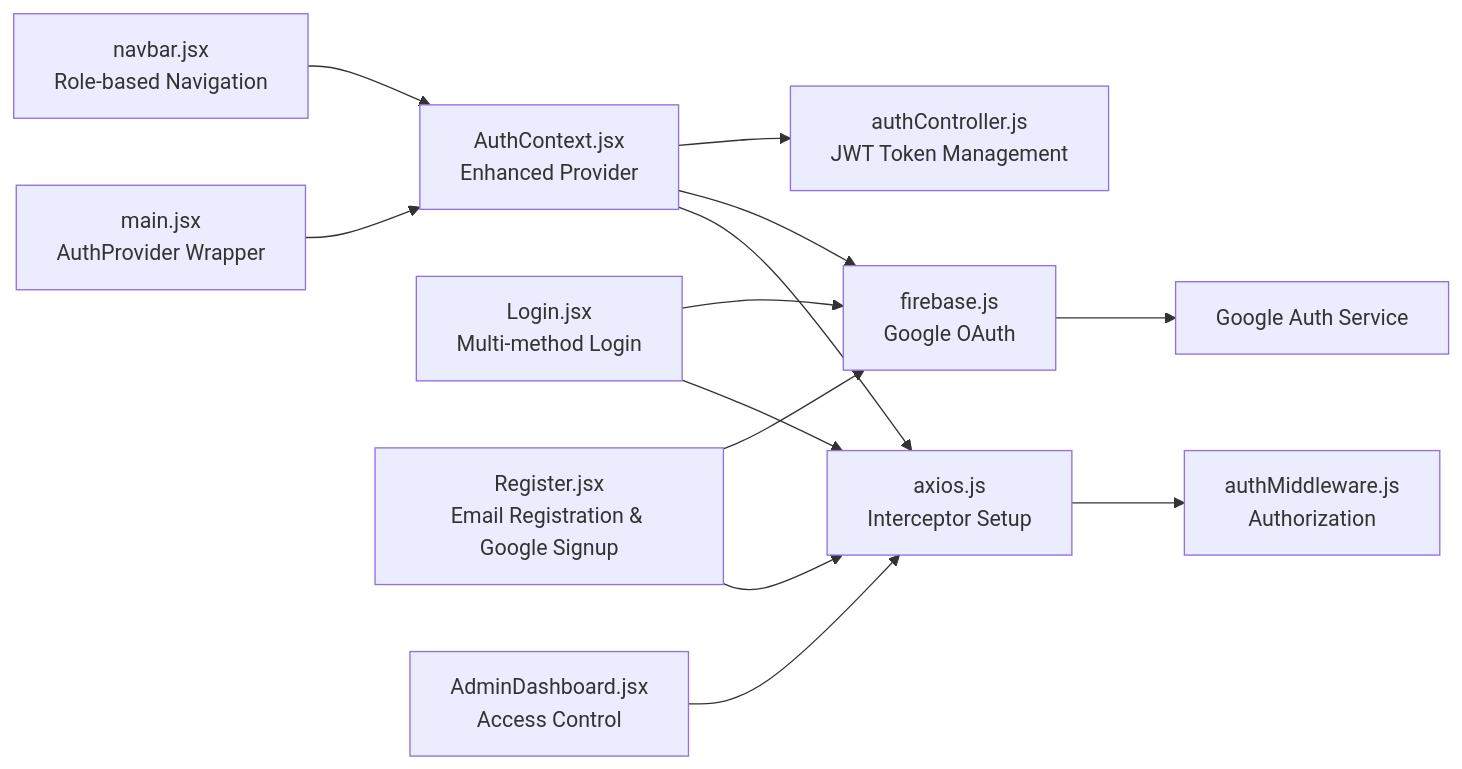
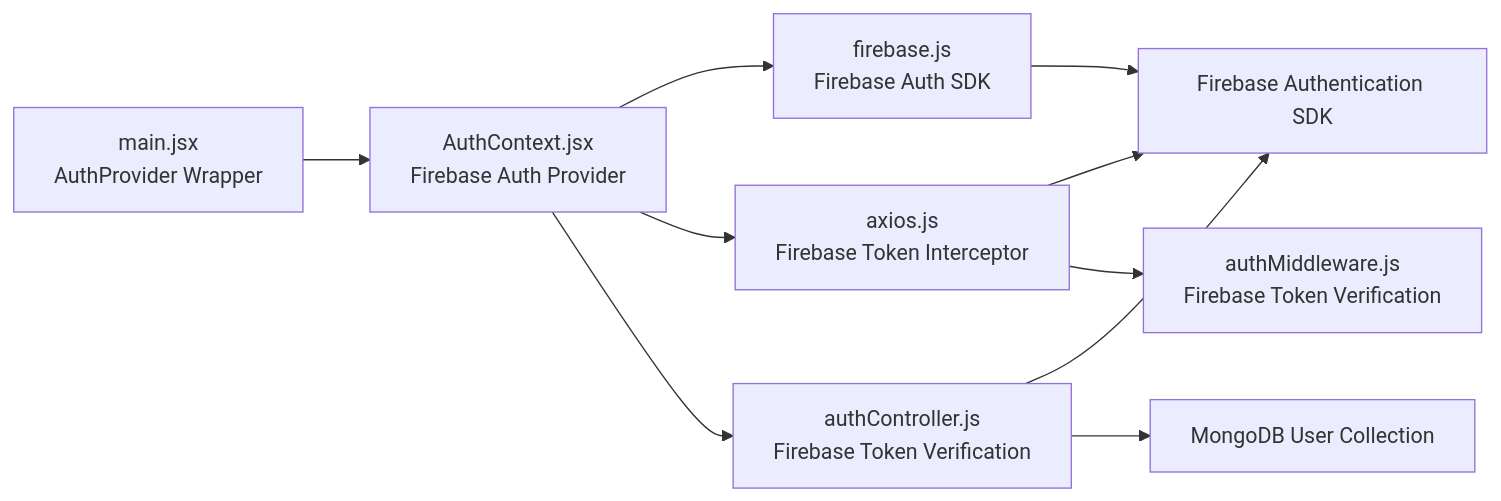
Before and after one commit to Pavan-PSPK9032/TrendsandToss: the ninth of 9 diagrams in .qoder/repowiki/en/content/Authentication & Authorization/Frontend Authentication State Management.md, drawn with Mermaid. The commit also changed other lines of this file and 9 other files, not shown here.

Commit message:
Fix logout functionality, admin access, and add remove from cart option

````diff
--- a/.qoder/repowiki/en/content/Authentication & Authorization/Frontend Authentication State Management.md
+++ b/.qoder/repowiki/en/content/Authentication & Authorization/Frontend Authentication State Management.md
@@ -452,15 +374,12 @@
 ```mermaid
 graph LR
-MAIN["main.jsx<br/>AuthProvider Wrapper"] --> AC["AuthContext.jsx<br/>Enhanced Provider"]
-AC --> AX["axios.js<br/>Interceptor Setup"]
-AC --> FB["firebase.js<br/>Google OAuth"]
-FB --> GA["Google Auth Service"]
-AC --> BE["authController.js<br/>JWT Token Management"]
-LG["Login.jsx<br/>Multi-method Login"] --> AX
-LG --> FB
-RG["Register.jsx<br/>Email Registration & Google Signup"] --> AX
-RG --> FB
-NB["navbar.jsx<br/>Role-based Navigation"] --> AC
-AD["AdminDashboard.jsx<br/>Access Control"] --> AX
-AX --> BM["authMiddleware.js<br/>Authorization"]
+MAIN["main.jsx<br/>AuthProvider Wrapper"] --> AC["AuthContext.jsx<br/>Firebase Auth Provider"]
+AC --> FA["firebase.js<br/>Firebase Auth SDK"]
+AC --> AX["axios.js<br/>Firebase Token Interceptor"]
+FA --> FASDK["Firebase Authentication SDK"]
+AC --> BC["authController.js<br/>Firebase Token Verification"]
+BC --> FASDK
+BC --> DB["MongoDB User Collection"]
+AX --> FASDK
+AX --> BM["authMiddleware.js<br/>Firebase Token Verification"]
 ```
````
